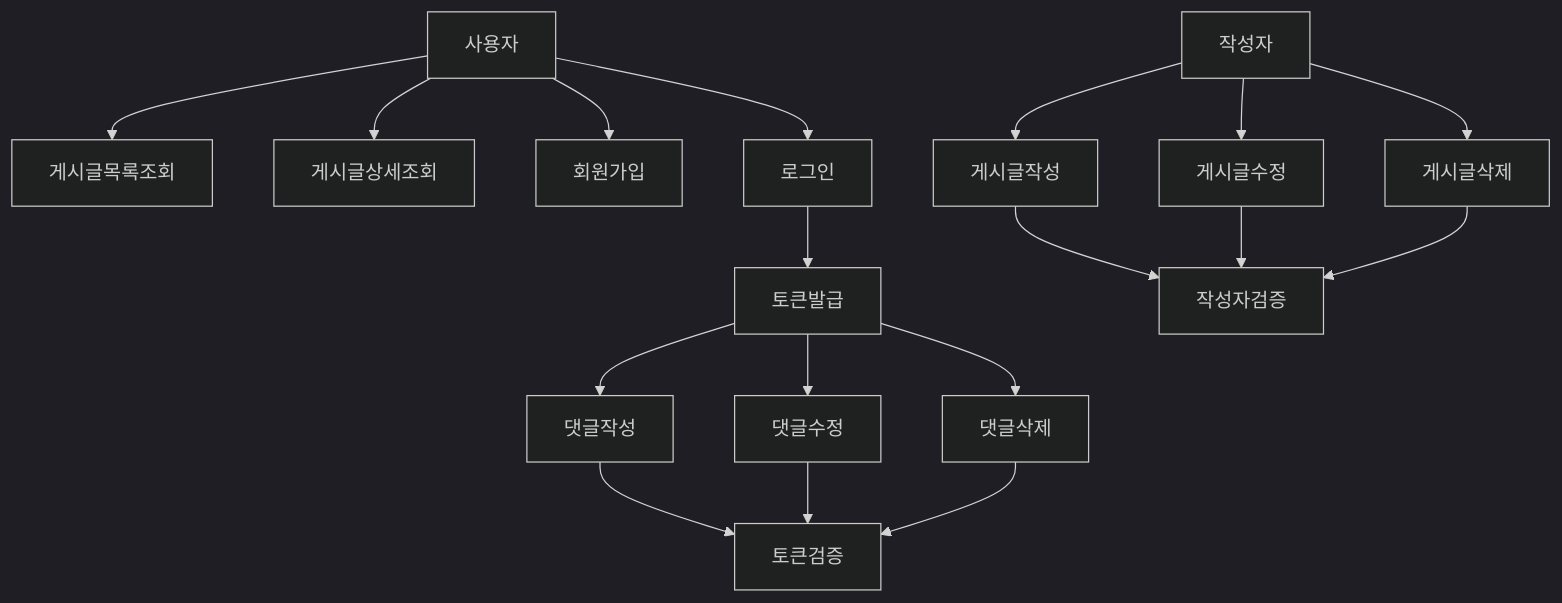
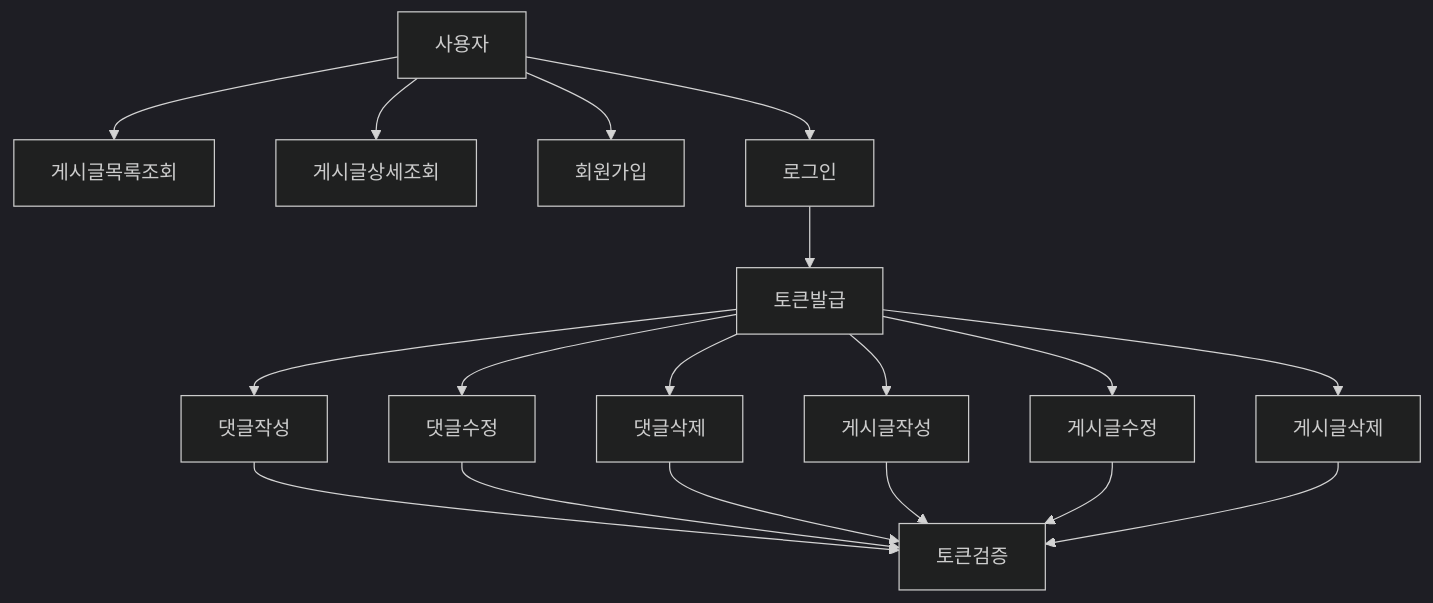
Before and after one commit to hanghae-plus-backend-8/prestudy-framework-spring: the diagram in docs/UseCase.md, drawn with Mermaid (dark theme). The commit also changed 3 other files, not shown here.

````diff
--- a/docs/UseCase.md
+++ b/docs/UseCase.md
@@ -3,15 +3,15 @@
 ```mermaid
 graph TD;
     사용자 --> 게시글목록조회;
     사용자 --> 게시글상세조회;
     사용자 --> 회원가입;
     사용자 --> 로그인 --> 토큰발급;
     토큰발급 --> 댓글작성 --> 토큰검증;
     토큰발급 --> 댓글수정 --> 토큰검증;
     토큰발급 --> 댓글삭제 --> 토큰검증;
-    작성자 --> 게시글작성 --> 작성자검증;
-    작성자 --> 게시글수정 --> 작성자검증;
-    작성자 --> 게시글삭제 --> 작성자검증;
+    토큰발급 --> 게시글작성 --> 토큰검증;
+    토큰발급 --> 게시글수정 --> 토큰검증;
+    토큰발급 --> 게시글삭제 --> 토큰검증;
     
     
 ```
````
